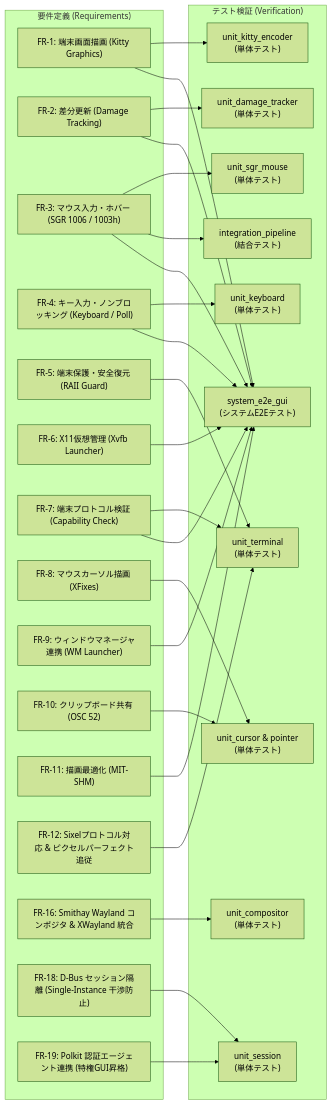
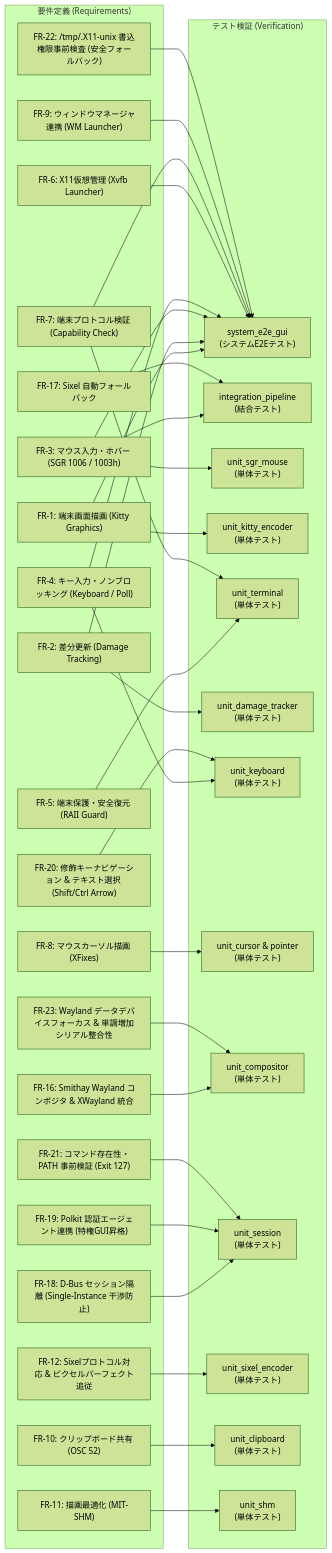
One commit to totatake/termway changed the diagram in docs/SPECIFICATION.md. Above: the diagram before and after it, drawn with Mermaid (forest theme). The commit also changed other lines of this file and 2 other files, not shown here.

Commit message:
docs: formalize v0.2 specifications, requirements traceability and unit tests

````diff
--- a/docs/SPECIFICATION.md
+++ b/docs/SPECIFICATION.md
@@ -9,55 +9,68 @@
 ```mermaid
 flowchart LR
     subgraph Requirements["要件定義 (Requirements)"]
         FR1["FR-1: 端末画面描画 (Kitty Graphics)"]
         FR2["FR-2: 差分更新 (Damage Tracking)"]
         FR3["FR-3: マウス入力・ホバー (SGR 1006 / 1003h)"]
         FR4["FR-4: キー入力・ノンブロッキング (Keyboard / Poll)"]
         FR5["FR-5: 端末保護・安全復元 (RAII Guard)"]
         FR6["FR-6: X11仮想管理 (Xvfb Launcher)"]
         FR7["FR-7: 端末プロトコル検証 (Capability Check)"]
         FR8["FR-8: マウスカーソル描画 (XFixes)"]
         FR9["FR-9: ウィンドウマネージャ連携 (WM Launcher)"]
         FR10["FR-10: クリップボード共有 (OSC 52)"]
         FR11["FR-11: 描画最適化 (MIT-SHM)"]
         FR12["FR-12: Sixelプロトコル対応 & ピクセルパーフェクト追従"]
         FR16["FR-16: Smithay Wayland コンポジタ & XWayland 統合"]
+        FR17["FR-17: Sixel 自動フォールバック"]
         FR18["FR-18: D-Bus セッション隔離 (Single-Instance 干渉防止)"]
         FR19["FR-19: Polkit 認証エージェント連携 (特権GUI昇格)"]
+        FR20["FR-20: 修飾キーナビゲーション & テキスト選択 (Shift/Ctrl Arrow)"]
+        FR21["FR-21: コマンド存在性・PATH 事前検証 (Exit 127)"]
+        FR22["FR-22: /tmp/.X11-unix 書込権限事前検査 (安全フォールバック)"]
+        FR23["FR-23: Wayland データデバイスフォーカス & 単調増加シリアル整合性"]
     end
 
     subgraph Verification["テスト検証 (Verification)"]
         T_Sys["system_e2e_gui<br/>(システムE2Eテスト)"]
         T_Integ["integration_pipeline<br/>(結合テスト)"]
         T_Mouse["unit_sgr_mouse<br/>(単体テスト)"]
         T_Kitty["unit_kitty_encoder<br/>(単体テスト)"]
         T_Term["unit_terminal<br/>(単体テスト)"]
         T_Damage["unit_damage_tracker<br/>(単体テスト)"]
         T_Key["unit_keyboard<br/>(単体テスト)"]
         T_Cursor["unit_cursor & pointer<br/>(単体テスト)"]
         T_Comp["unit_compositor<br/>(単体テスト)"]
         T_Sess["unit_session<br/>(単体テスト)"]
+        T_Sixel["unit_sixel_encoder<br/>(単体テスト)"]
+        T_Clip["unit_clipboard<br/>(単体テスト)"]
+        T_Shm["unit_shm<br/>(単体テスト)"]
     end
 
     FR1 --> T_Kitty
     FR1 --> T_Sys
     FR2 --> T_Damage
     FR2 --> T_Sys
     FR3 --> T_Mouse
     FR3 --> T_Integ
     FR3 --> T_Sys
     FR4 --> T_Key
     FR4 --> T_Sys
     FR5 --> T_Term
     FR6 --> T_Sys
     FR7 --> T_Term
     FR7 --> T_Sys
     FR8 --> T_Cursor
     FR9 --> T_Sys
-    FR10 --> T_Cursor
-    FR11 --> T_Sys
-    FR12 --> T_Term
+    FR10 --> T_Clip
+    FR11 --> T_Shm
+    FR12 --> T_Sixel
     FR16 --> T_Comp
+    FR17 --> T_Integ
     FR18 --> T_Sess
     FR19 --> T_Sess
+    FR20 --> T_Key
+    FR21 --> T_Sess
+    FR22 --> T_Sys
+    FR23 --> T_Comp
 ```
````
